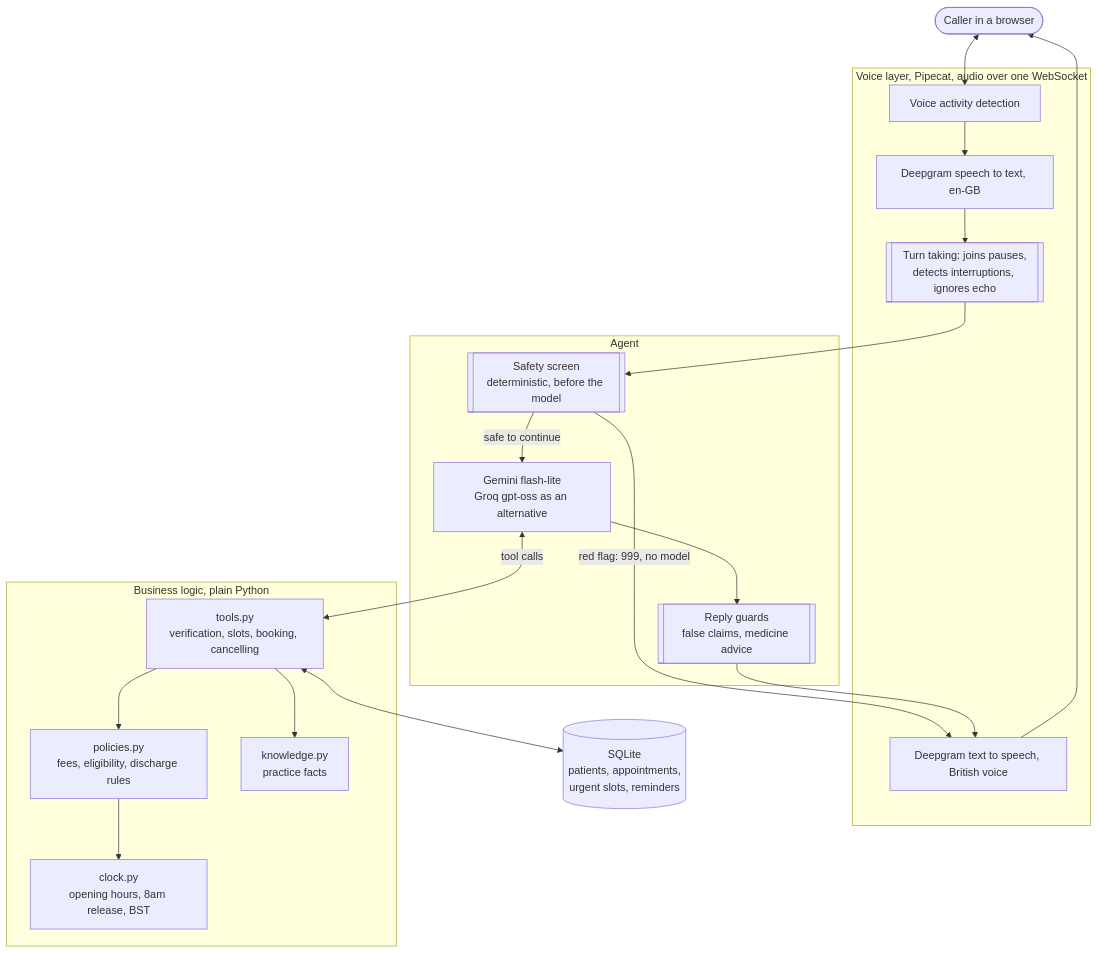
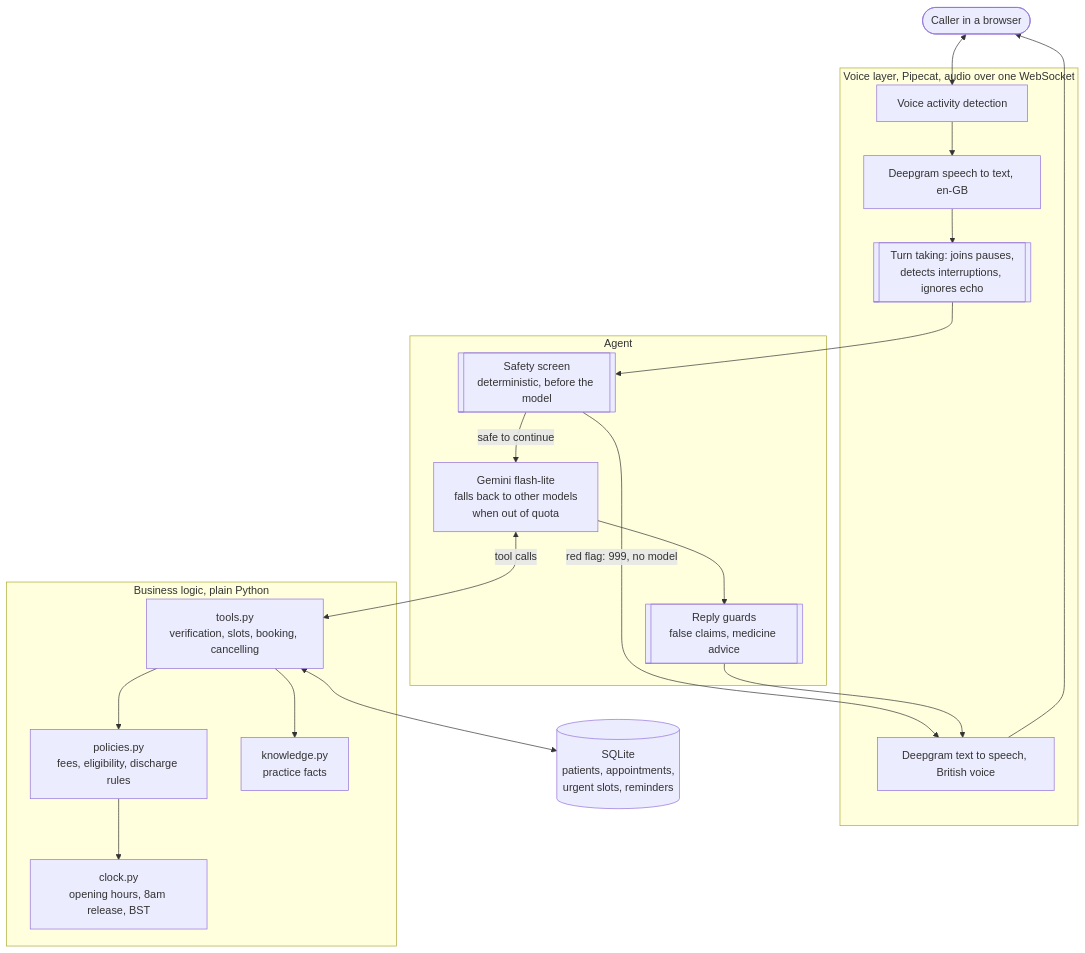
Before and after one commit to MihirGambhire/sophia-dental-voice-agent: the diagram in docs/architecture.mmd, drawn with Mermaid. The commit also changed 14 other files, not shown here.

```diff
--- a/docs/architecture.mmd
+++ b/docs/architecture.mmd
@@ -1,35 +1,35 @@
 flowchart TB
     Caller([Caller in a browser])
 
     subgraph Voice["Voice layer, Pipecat, audio over one WebSocket"]
         VAD[Voice activity detection]
         STT[Deepgram speech to text, en-GB]
         Turn[[Turn taking: joins pauses,<br/>detects interruptions, ignores echo]]
         TTS[Deepgram text to speech, British voice]
     end
 
     subgraph Agent["Agent"]
         Safety[[Safety screen<br/>deterministic, before the model]]
-        LLM[Gemini flash-lite<br/>Groq gpt-oss as an alternative]
+        LLM[Gemini flash-lite<br/>falls back to other models<br/>when out of quota]
         Guards[[Reply guards<br/>false claims, medicine advice]]
     end
 
     subgraph Logic["Business logic, plain Python"]
         Tools[tools.py<br/>verification, slots, booking, cancelling]
         Policies[policies.py<br/>fees, eligibility, discharge rules]
         Clock[clock.py<br/>opening hours, 8am release, BST]
         Knowledge[knowledge.py<br/>practice facts]
     end
 
     DB[(SQLite<br/>patients, appointments,<br/>urgent slots, reminders)]
 
     Caller <--> VAD --> STT --> Turn
     Turn --> Safety
     Safety -->|red flag: 999, no model| TTS
     Safety -->|safe to continue| LLM
     LLM <-->|tool calls| Tools
     LLM --> Guards --> TTS
     TTS --> Caller
     Tools --> Policies --> Clock
     Tools --> Knowledge
     Tools <--> DB
```
